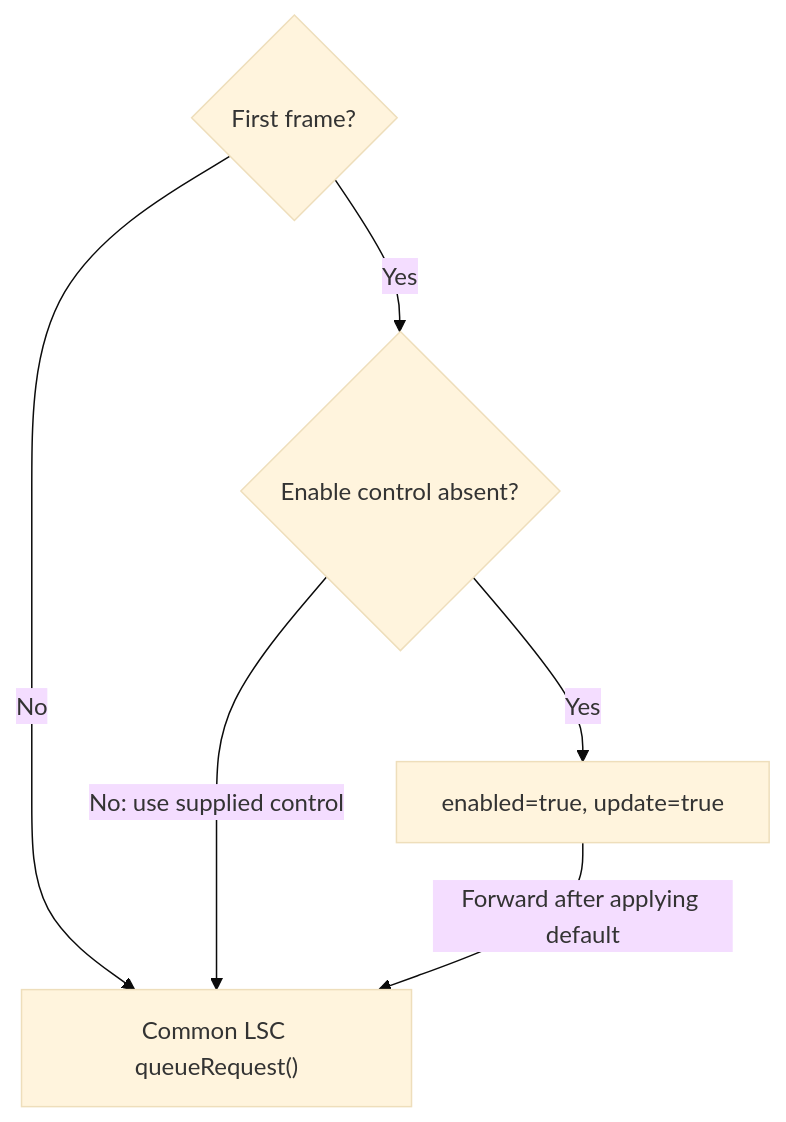
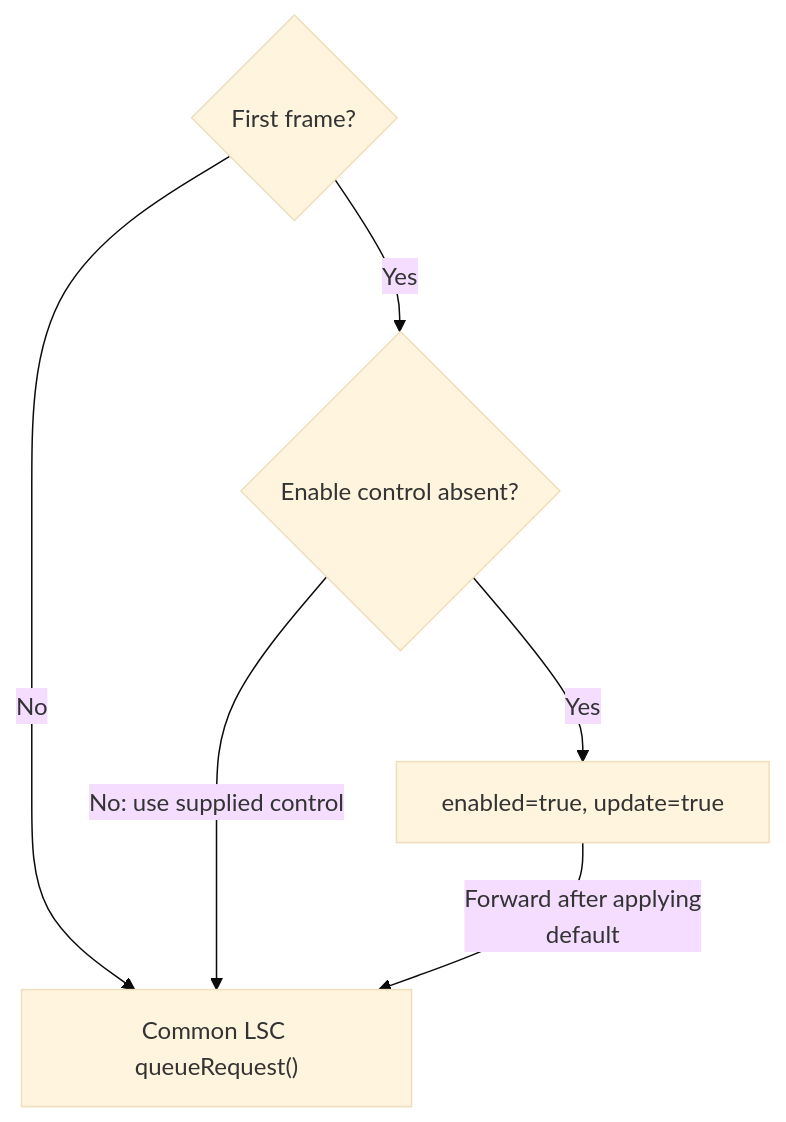
The diagram in docs/en/ipu3-lsc-flow.lsc-request-input.mmd (TTolsun/libcamera-sdd), drawn with Mermaid (base theme) before and after one commit. The commit also changed 98 other files, not shown here.

```diff
--- a/docs/en/ipu3-lsc-flow.lsc-request-input.mmd
+++ b/docs/en/ipu3-lsc-flow.lsc-request-input.mmd
@@ -1,11 +1,11 @@
 flowchart TB
 
   v_first{"First frame?"}
   v_control{"Enable control absent?"}
   v_default["enabled=true, update=true"]
   v_common["Common LSC queueRequest()"]
   v_first -->|"Yes"| v_control
   v_first -->|"No"| v_common
   v_control -->|"Yes"| v_default
   v_control -->|"No: use supplied control"| v_common
-  v_default -->|"Forward after applying default"| v_common
+  v_default -->|"Forward after applying <br/>default"| v_common
```
